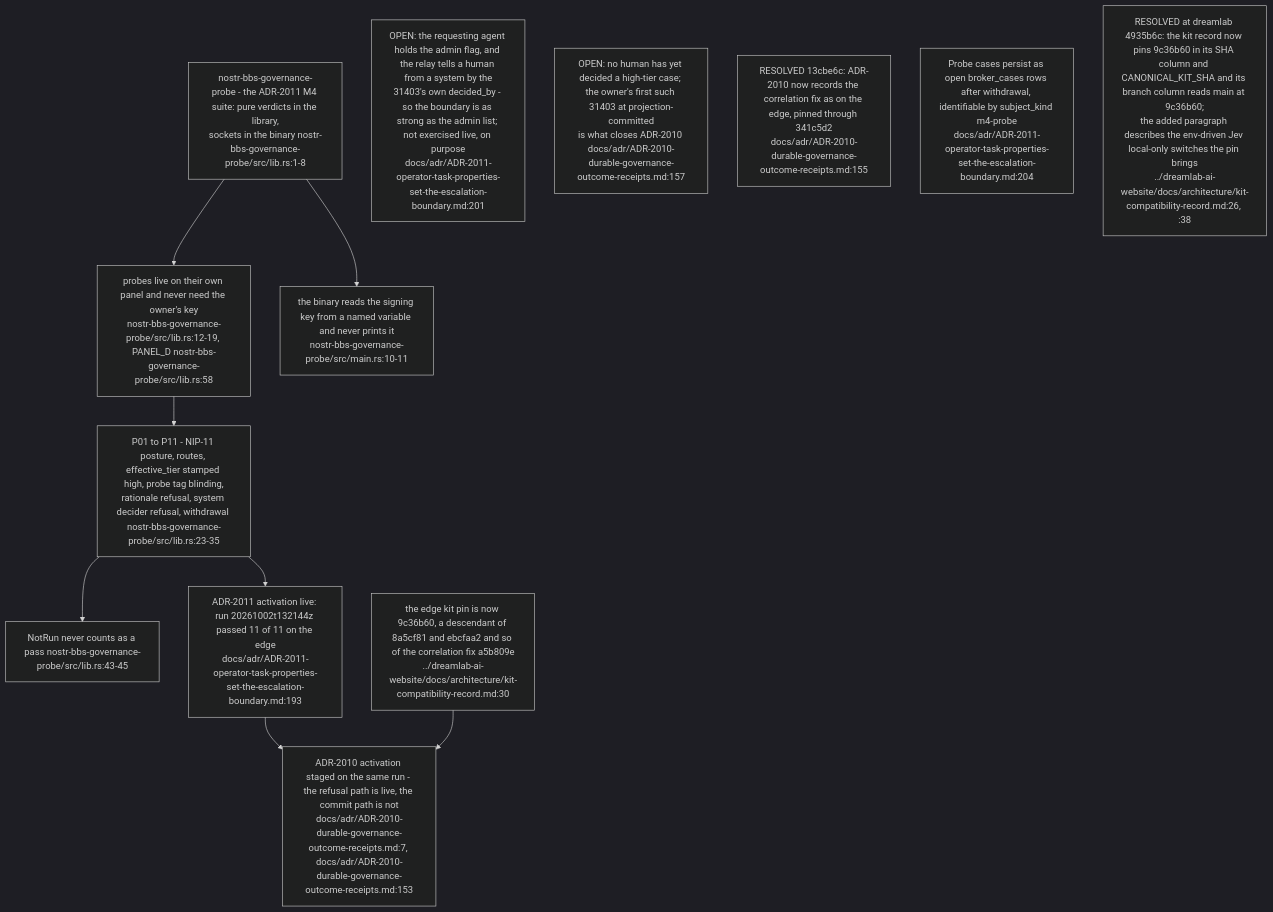
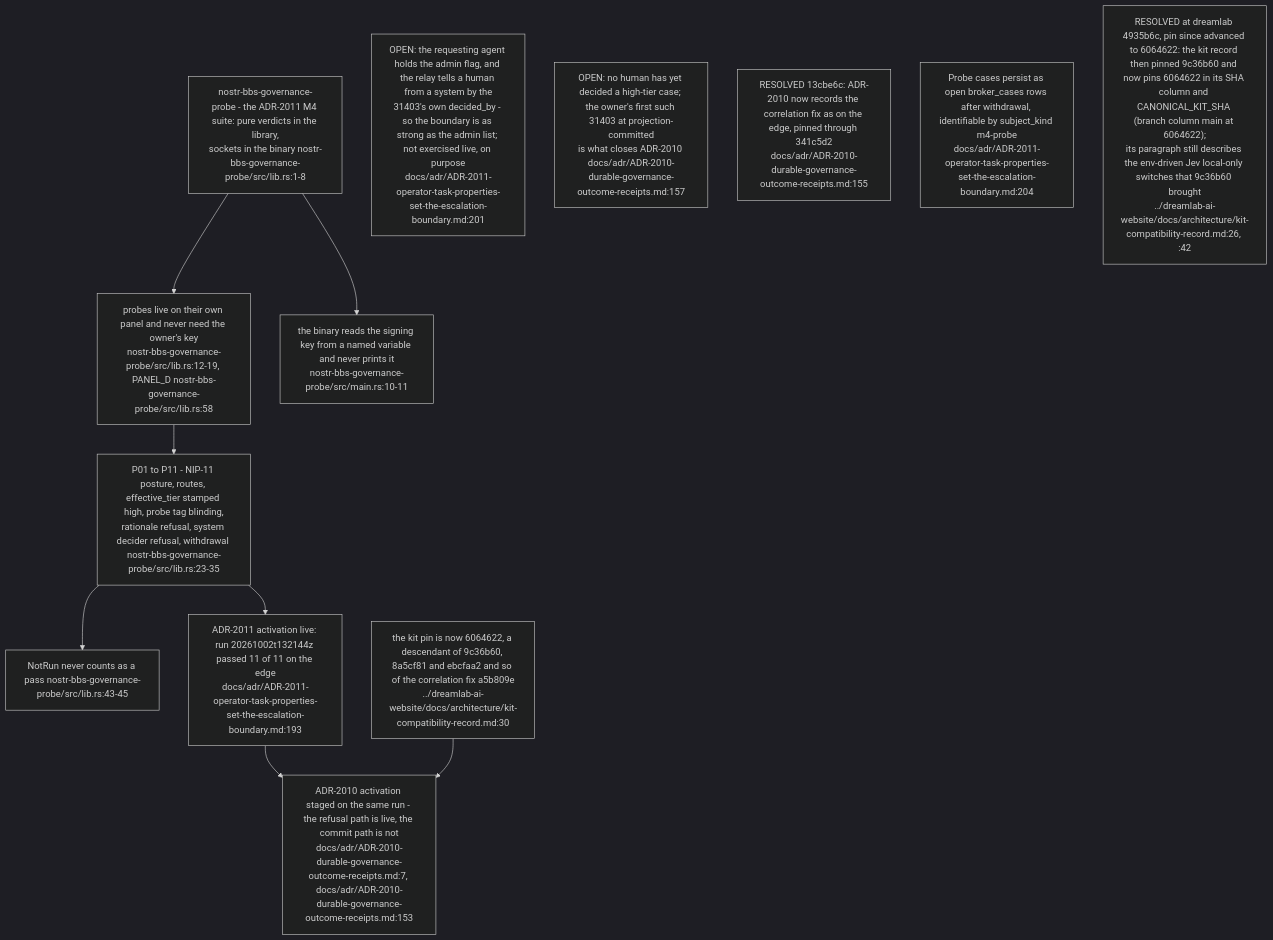
Before and after one commit to DreamLab-AI/VisionFlow: diagram 16 of 17 in docs/diagrams/nostr-rust-forum/06-agent-control-surface-31400-31405.md, drawn with Mermaid (dark theme). The commit also changed other lines of this file and 59 other files, not shown here.

First line of the commit message:
docs(diagrams): re-derive and re-stamp forum, website, pod, ontomark and sealmap topics

````diff
--- a/docs/diagrams/nostr-rust-forum/06-agent-control-surface-31400-31405.md
+++ b/docs/diagrams/nostr-rust-forum/06-agent-control-surface-31400-31405.md
@@ -455,22 +455,22 @@
 ```mermaid
 flowchart TB
     SUITE["nostr-bbs-governance-probe - the ADR-2011 M4 suite: pure verdicts in the library,<br/>sockets in the binary nostr-bbs-governance-probe/src/lib.rs:1-8"]
     OWN["probes live on their own panel and never need the owner's key<br/>nostr-bbs-governance-probe/src/lib.rs:12-19, PANEL_D nostr-bbs-governance-probe/src/lib.rs:58"]
     TABLE["P01 to P11 - NIP-11 posture, routes, effective_tier stamped high, probe tag blinding,<br/>rationale refusal, system decider refusal, withdrawal nostr-bbs-governance-probe/src/lib.rs:23-35"]
     NOTRUN["NotRun never counts as a pass nostr-bbs-governance-probe/src/lib.rs:43-45"]
     BIN["the binary reads the signing key from a named variable and never prints it<br/>nostr-bbs-governance-probe/src/main.rs:10-11"]
     LIVE["ADR-2011 activation live: run 20261002t132144z passed 11 of 11 on the edge<br/>docs/adr/ADR-2011-operator-task-properties-set-the-escalation-boundary.md:193"]
     REC["ADR-2010 activation staged on the same run - the refusal path is live, the commit path is not<br/>docs/adr/ADR-2010-durable-governance-outcome-receipts.md:7, docs/adr/ADR-2010-durable-governance-outcome-receipts.md:153"]
-    PIN["the edge kit pin is now 9c36b60, a descendant of 8a5cf81 and ebcfaa2 and so of the correlation fix a5b809e<br/>../dreamlab-ai-website/docs/architecture/kit-compatibility-record.md:30"]
+    PIN["the kit pin is now 6064622, a descendant of 9c36b60, 8a5cf81 and ebcfaa2 and so of the correlation fix a5b809e<br/>../dreamlab-ai-website/docs/architecture/kit-compatibility-record.md:30"]
 
     SUITE --> OWN --> TABLE --> NOTRUN
     SUITE --> BIN
     TABLE --> LIVE --> REC
     PIN --> REC
 
     N1["OPEN: the requesting agent holds the admin flag, and the relay tells a human from a system by the<br/>31403's own decided_by - so the boundary is as strong as the admin list; not exercised live, on purpose<br/>docs/adr/ADR-2011-operator-task-properties-set-the-escalation-boundary.md:201"]
     N2["OPEN: no human has yet decided a high-tier case; the owner's first such 31403 at projection-committed<br/>is what closes ADR-2010 docs/adr/ADR-2010-durable-governance-outcome-receipts.md:157"]
     N3["RESOLVED 13cbe6c: ADR-2010 now records the correlation fix as on the edge, pinned through 341c5d2<br/>docs/adr/ADR-2010-durable-governance-outcome-receipts.md:155"]
     N4["Probe cases persist as open broker_cases rows after withdrawal, identifiable by subject_kind m4-probe<br/>docs/adr/ADR-2011-operator-task-properties-set-the-escalation-boundary.md:204"]
-    N5["RESOLVED at dreamlab 4935b6c: the kit record now pins 9c36b60 in its SHA column and CANONICAL_KIT_SHA and its branch column reads main at 9c36b60;<br/>the added paragraph describes the env-driven Jev local-only switches the pin brings<br/>../dreamlab-ai-website/docs/architecture/kit-compatibility-record.md:26, :38"]
+    N5["RESOLVED at dreamlab 4935b6c, pin since advanced to 6064622: the kit record then pinned 9c36b60 and now pins 6064622 in its SHA column and CANONICAL_KIT_SHA (branch column main at 6064622);<br/>its paragraph still describes the env-driven Jev local-only switches that 9c36b60 brought<br/>../dreamlab-ai-website/docs/architecture/kit-compatibility-record.md:26, :42"]
 ```
````
